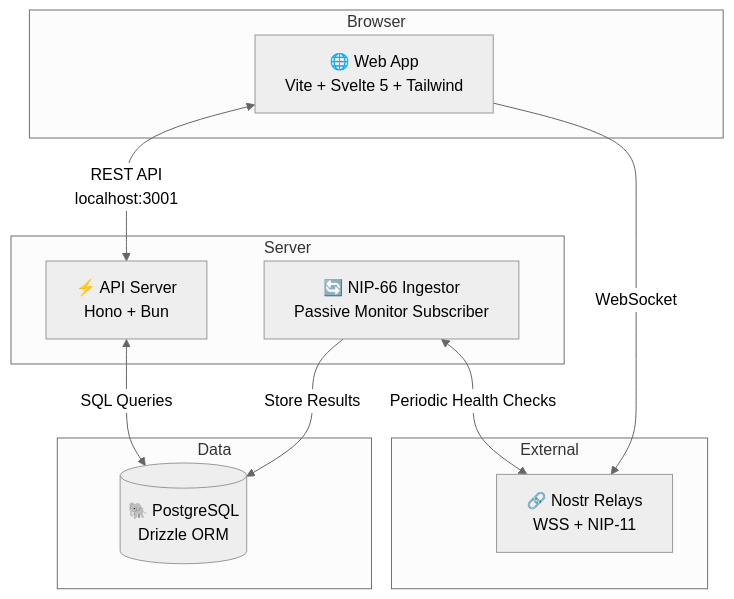
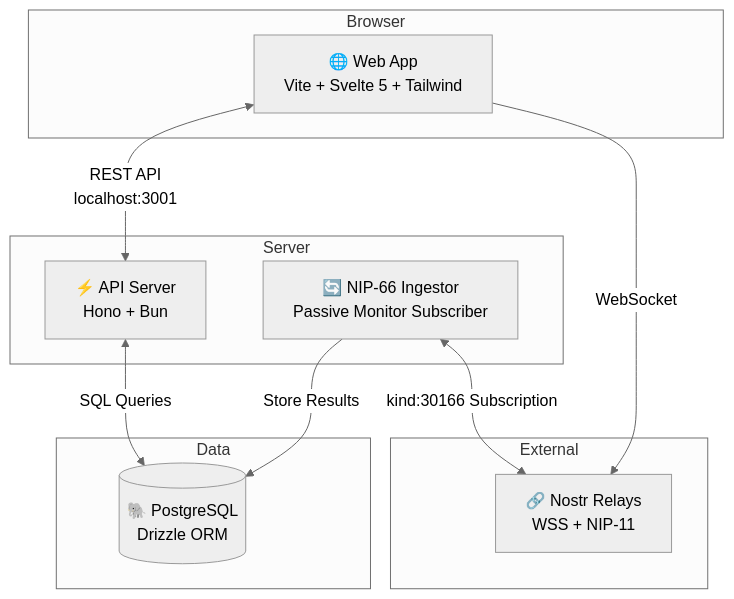
Before and after one commit to saad-tayyab/relay-dog: the first of 5 diagrams in docs/architecture/overview.md, drawn with Mermaid (neutral theme). The commit also changed 4 other files, not shown here.

````diff
--- a/docs/architecture/overview.md
+++ b/docs/architecture/overview.md
@@ -24,25 +24,25 @@
 ```mermaid
 graph TB
     subgraph "Browser"
         WEB["🌐 Web App<br/>Vite + Svelte 5 + Tailwind"]
     end
 
     subgraph "Server"
         API["⚡ API Server<br/>Hono + Bun"]
         MON["🔄 NIP-66 Ingestor<br/>Passive Monitor Subscriber"]
     end
 
     subgraph "Data"
         DB[("🐘 PostgreSQL<br/>Drizzle ORM")]
     end
 
     subgraph "External"
         RELAY["🔗 Nostr Relays<br/>WSS + NIP-11"]
     end
 
     WEB <-->|"REST API<br/>localhost:3001"| API
     API <-->|"SQL Queries"| DB
-    MON <-->|"Periodic Health Checks"| RELAY
+    MON <-->|"kind:30166 Subscription"| RELAY
     MON -->|"Store Results"| DB
     WEB -->|"WebSocket"| RELAY
 ```
````
